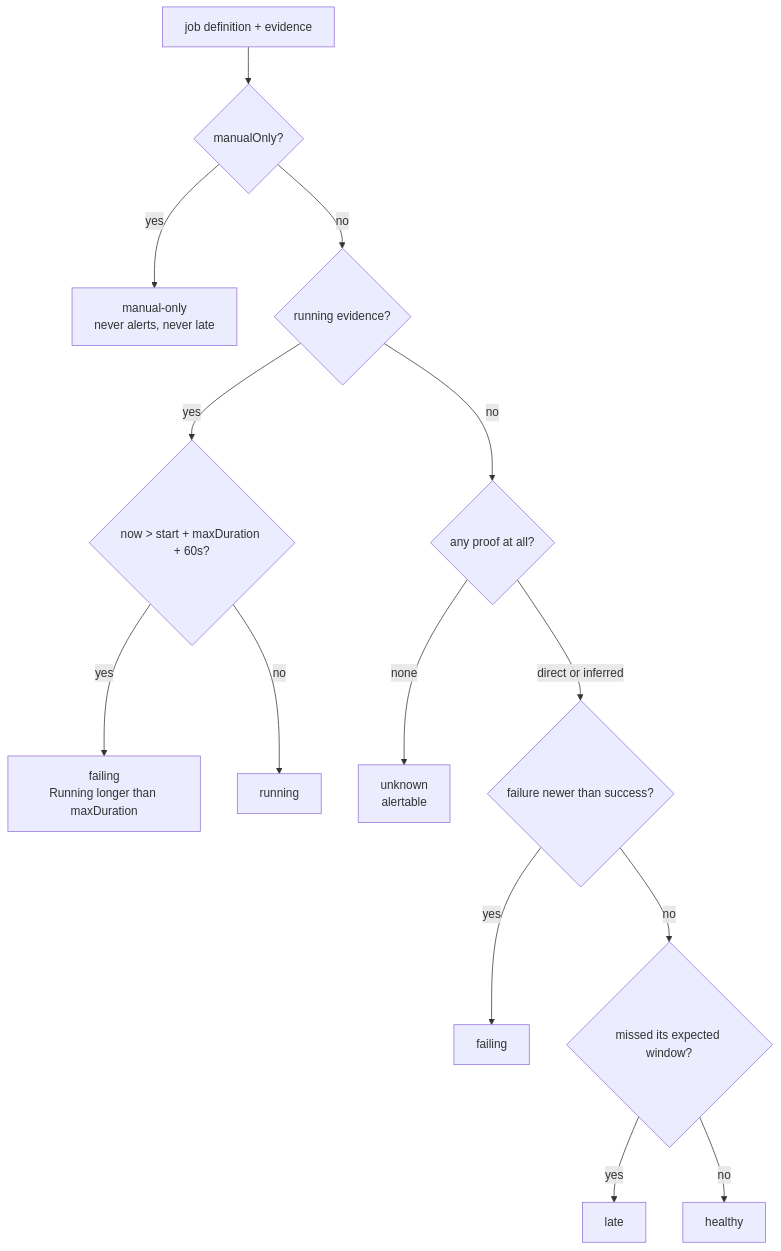
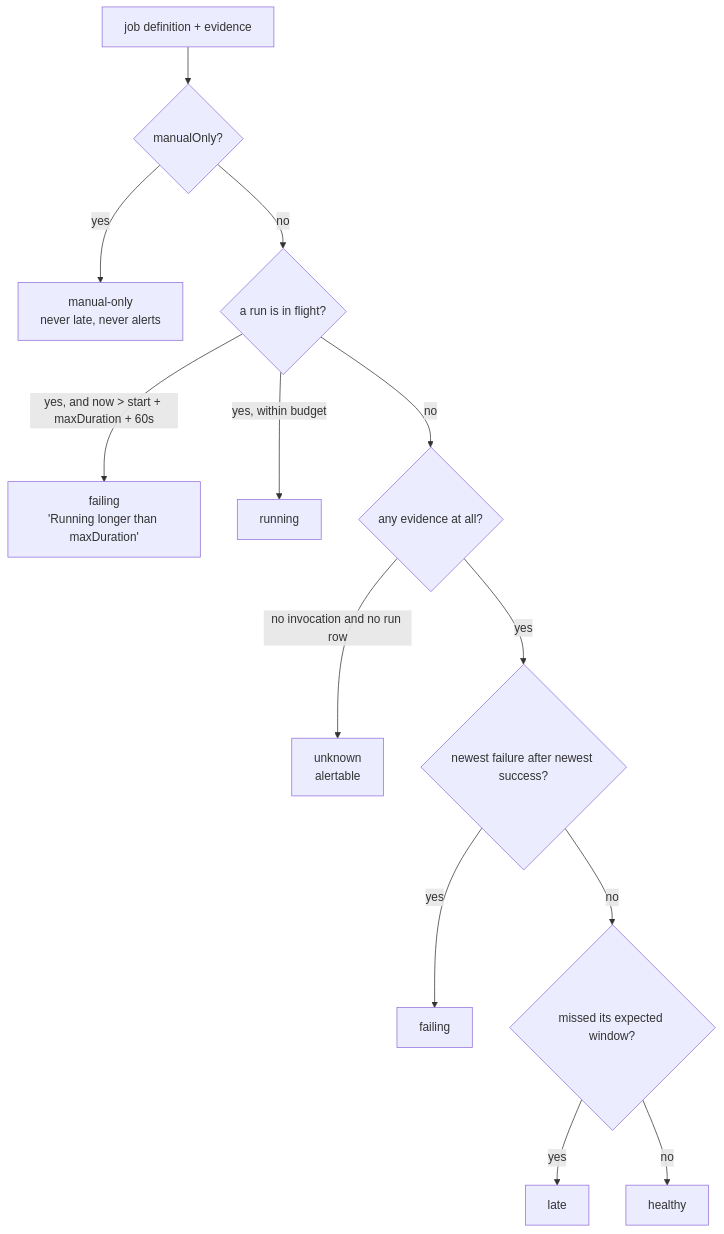
Before and after one commit to kasheesh711/bgscheduler: the fourth of 4 diagrams in docs/operations/observability.md, drawn with Mermaid. The commit also changed other lines of this file and 95 other files, not shown here.

````diff
--- a/docs/operations/observability.md
+++ b/docs/operations/observability.md
@@ -423,16 +491,15 @@
 ```mermaid
 flowchart TD
-  A[job definition + evidence] --> B{manualOnly?}
-  B -- yes --> MO["manual-only<br/>never alerts, never late"]
-  B -- no --> C{running evidence?}
-  C -- yes --> D{"now > start + maxDuration + 60s?"}
-  D -- yes --> F1["failing<br/>Running longer than maxDuration"]
-  D -- no --> R["running"]
-  C -- no --> E{"any proof at all?"}
-  E -- none --> U["unknown<br/>alertable"]
-  E -- direct or inferred --> G{"failure newer than success?"}
-  G -- yes --> F2["failing"]
-  G -- no --> H{"missed its expected window?"}
-  H -- yes --> L["late"]
-  H -- no --> OK["healthy"]
+  A["job definition + evidence"] --> B{"manualOnly?"}
+  B -->|yes| MO["manual-only<br/>never late, never alerts"]
+  B -->|no| C{"a run is in flight?"}
+  C -->|"yes, and now > start + maxDuration + 60s"| F1["failing<br/>'Running longer than maxDuration'"]
+  C -->|yes, within budget| RUN["running"]
+  C -->|no| D{"any evidence at all?"}
+  D -->|"no invocation and no run row"| UNK["unknown<br/>alertable"]
+  D -->|yes| E{"newest failure after newest success?"}
+  E -->|yes| F2["failing"]
+  E -->|no| G{"missed its expected window?"}
+  G -->|yes| LATE["late"]
+  G -->|no| OK["healthy"]
 ```
````
